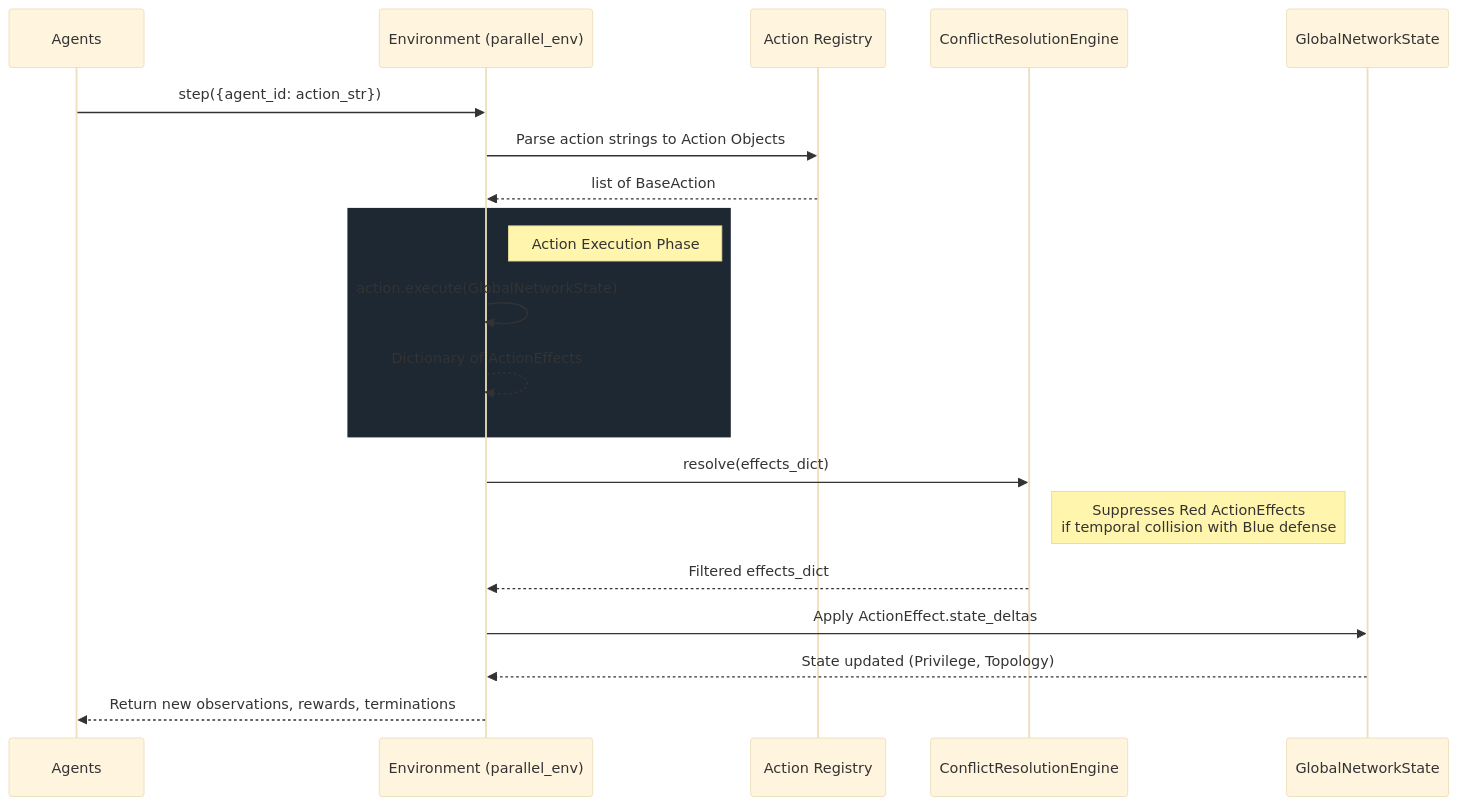
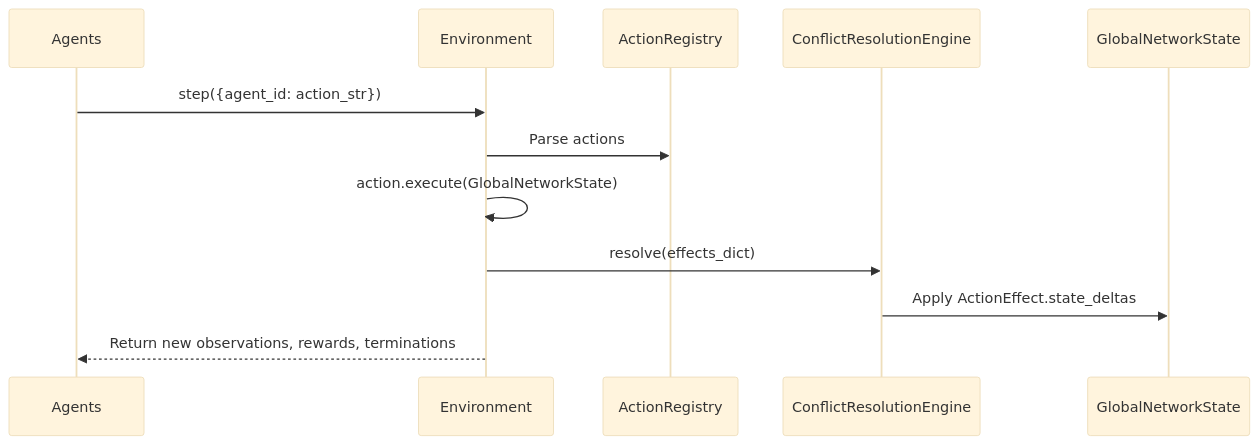
Before and after one commit to reforcemind/NetForge_RL: the first of 2 diagrams in docs/architecture/overview.md, drawn with Mermaid (base theme). The commit also changed other lines of this file and 18 other files, not shown here.

````diff
--- a/docs/architecture/overview.md
+++ b/docs/architecture/overview.md
@@ -9,28 +6,15 @@
 ```mermaid
 sequenceDiagram
     participant Agents
-    participant Environment (parallel_env)
-    participant Action Registry
+    participant Environment
+    participant ActionRegistry
     participant ConflictResolutionEngine
     participant GlobalNetworkState
 
-    Agents->>Environment (parallel_env): step({agent_id: action_str})
-    
-    Environment (parallel_env)->>Action Registry: Parse action strings to Action Objects
-    Action Registry-->>Environment (parallel_env): list of BaseAction
-    
-    rect rgb(30, 40, 50)
-        Note right of Environment (parallel_env): Action Execution Phase
-        Environment (parallel_env)->>Environment (parallel_env): action.execute(GlobalNetworkState)
-        Environment (parallel_env)-->>Environment (parallel_env): Dictionary of ActionEffects
-    end
-    
-    Environment (parallel_env)->>ConflictResolutionEngine: resolve(effects_dict)
-    Note right of ConflictResolutionEngine: Suppresses Red ActionEffects<br/>if temporal collision with Blue defense
-    ConflictResolutionEngine-->>Environment (parallel_env): Filtered effects_dict
-    
-    Environment (parallel_env)->>GlobalNetworkState: Apply ActionEffect.state_deltas
-    GlobalNetworkState-->>Environment (parallel_env): State updated (Privilege, Topology)
-    
-    Environment (parallel_env)-->>Agents: Return new observations, rewards, terminations
+    Agents->>Environment: step({agent_id: action_str})
+    Environment->>ActionRegistry: Parse actions
+    Environment->>Environment: action.execute(GlobalNetworkState)
+    Environment->>ConflictResolutionEngine: resolve(effects_dict)
+    ConflictResolutionEngine->>GlobalNetworkState: Apply ActionEffect.state_deltas
+    Environment-->>Agents: Return new observations, rewards, terminations
 ```
````
